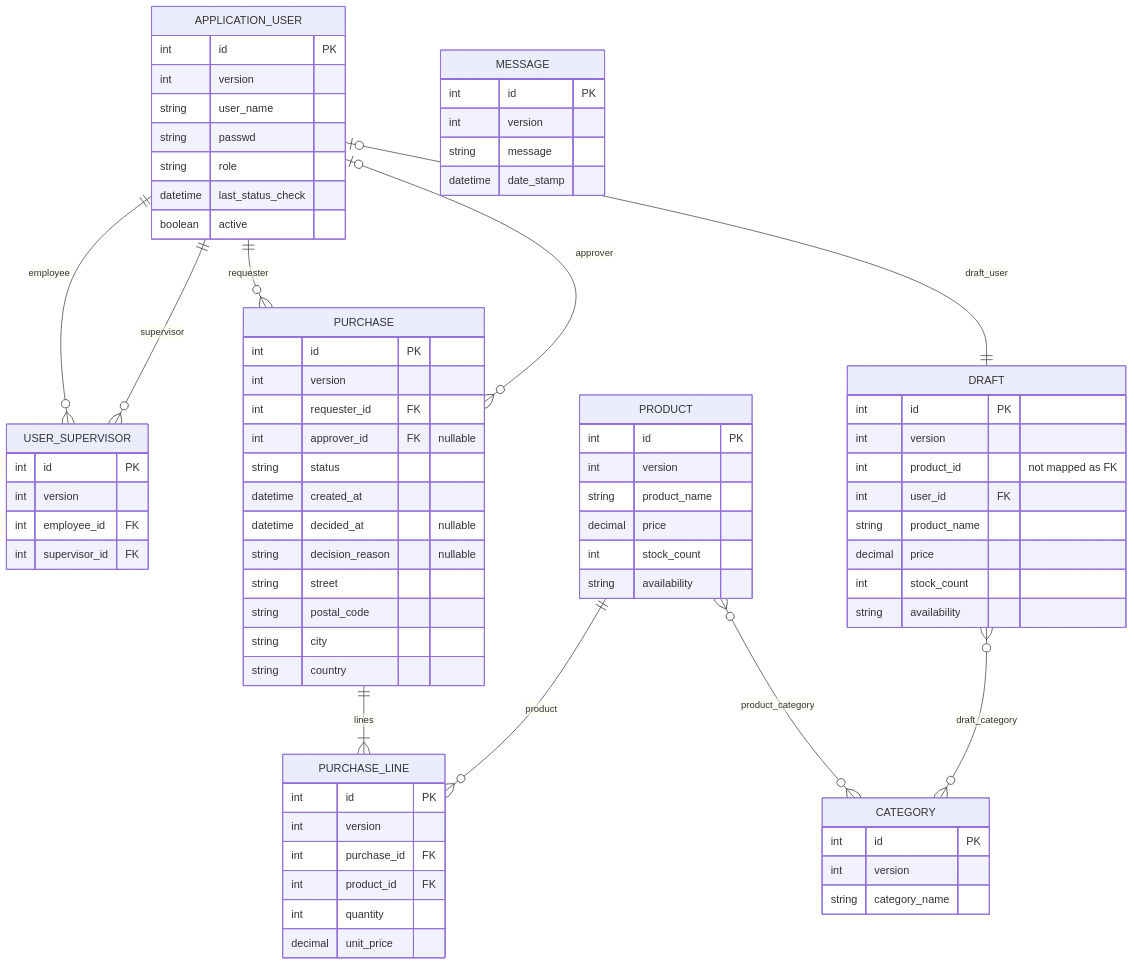
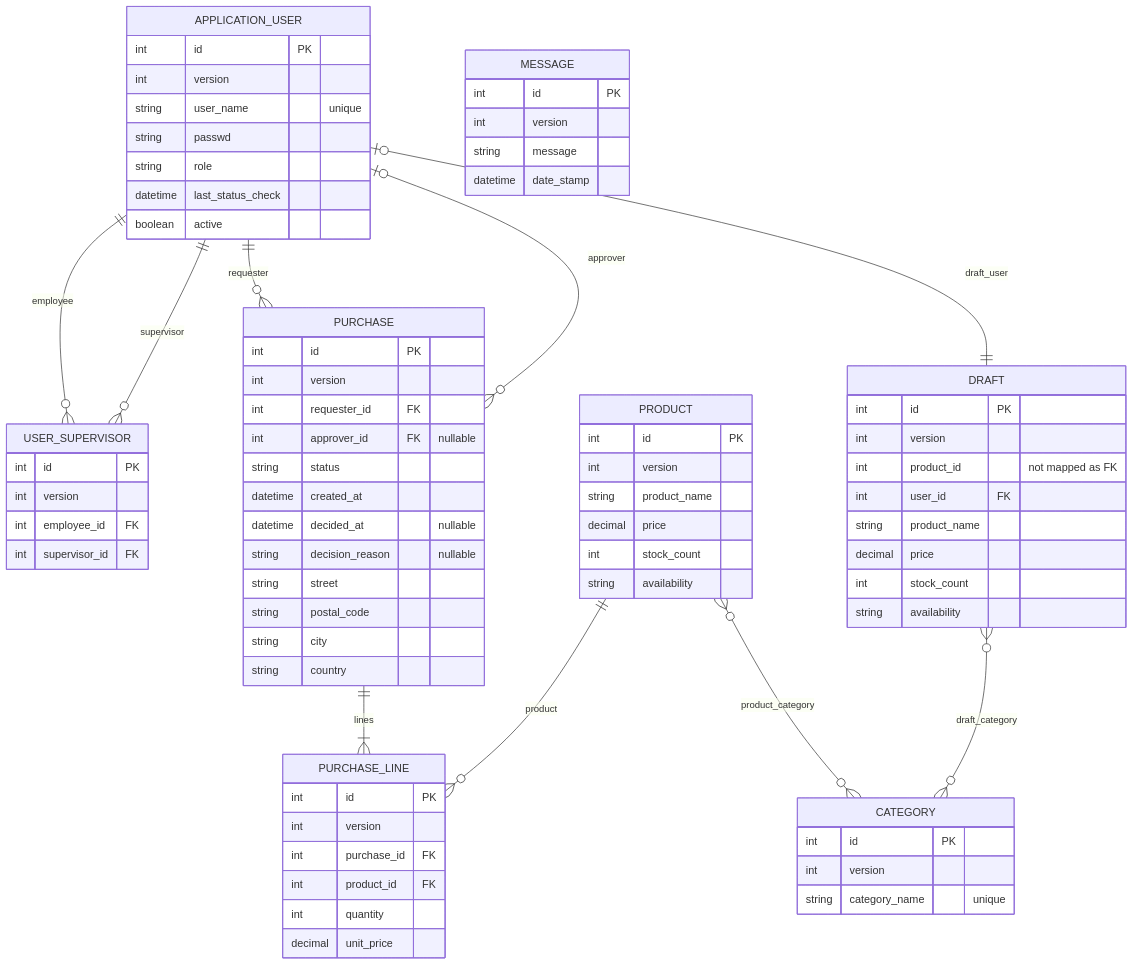
Before and after one commit to TatuLund/vaadin-create23: the diagram in docs/DataModel.mmd, drawn with Mermaid. The commit also changed 2 other files, not shown here.

```diff
--- a/docs/DataModel.mmd
+++ b/docs/DataModel.mmd
@@ -1,88 +1,88 @@
 erDiagram
   APPLICATION_USER {
     int id PK
     int version
-    string user_name
+    string user_name "unique"
     string passwd
     string role
     datetime last_status_check
     boolean active
   }
 
   USER_SUPERVISOR {
     int id PK
     int version
     int employee_id FK
     int supervisor_id FK
   }
 
   PURCHASE {
     int id PK
     int version
     int requester_id FK
     int approver_id FK "nullable"
     string status
     datetime created_at
     datetime decided_at "nullable"
     string decision_reason "nullable"
     string street
     string postal_code
     string city
     string country
   }
 
   PURCHASE_LINE {
     int id PK
     int version
     int purchase_id FK
     int product_id FK
     int quantity
     decimal unit_price
   }
 
   PRODUCT {
     int id PK
     int version
     string product_name
     decimal price
     int stock_count
     string availability
   }
 
   CATEGORY {
     int id PK
     int version
-    string category_name
+    string category_name "unique"
   }
 
   DRAFT {
     int id PK
     int version
     int product_id "not mapped as FK"
     int user_id FK
     string product_name
     decimal price
     int stock_count
     string availability
   }
 
   MESSAGE {
     int id PK
     int version
     string message
     datetime date_stamp
   }
 
   APPLICATION_USER ||--o{ PURCHASE : requester
   APPLICATION_USER o|--o{ PURCHASE : approver
 
   PURCHASE ||--|{ PURCHASE_LINE : lines
   PRODUCT  ||--o{ PURCHASE_LINE : product
 
   PRODUCT }o--o{ CATEGORY : product_category
   DRAFT   }o--o{ CATEGORY : draft_category
 
   APPLICATION_USER o|--|| DRAFT : draft_user
 
   APPLICATION_USER ||--o{ USER_SUPERVISOR : employee
   APPLICATION_USER ||--o{ USER_SUPERVISOR : supervisor
```
